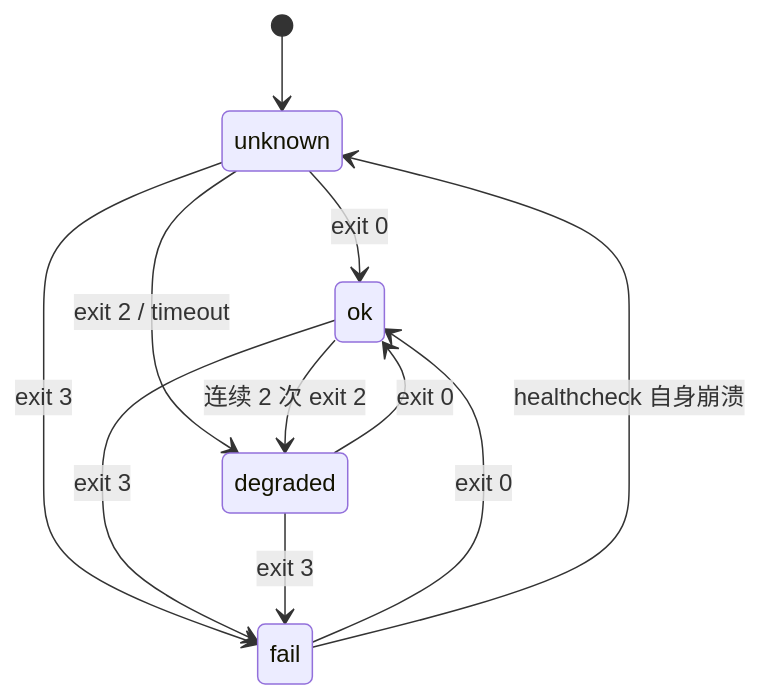
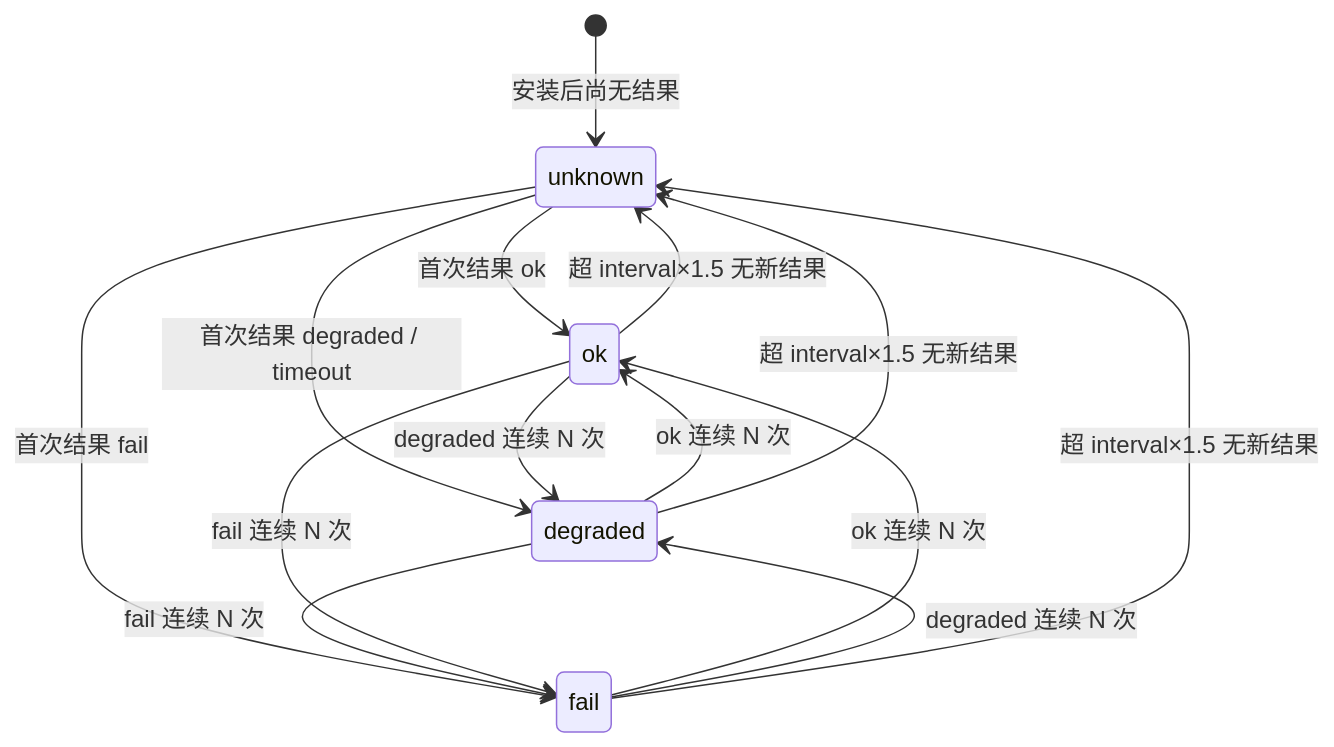
One commit to minonl/dia changed the diagram in docs/service-noun.md. Above: the diagram before and after it, drawn with Mermaid. The commit also changed other lines of this file and 5 other files, not shown here.

````diff
--- a/docs/service-noun.md
+++ b/docs/service-noun.md
@@ -76,13 +128,16 @@
 ```mermaid
 stateDiagram-v2
-  [*] --> unknown
-  unknown --> ok: exit 0
-  unknown --> degraded: exit 2 / timeout
-  unknown --> fail: exit 3
-  ok --> degraded: 连续 2 次 exit 2
-  ok --> fail: exit 3
-  degraded --> ok: exit 0
-  degraded --> fail: exit 3
-  fail --> ok: exit 0
-  fail --> unknown: healthcheck 自身崩溃
+  [*] --> unknown: 安装后尚无结果
+  unknown --> ok: 首次结果 ok
+  unknown --> degraded: 首次结果 degraded / timeout
+  unknown --> fail: 首次结果 fail
+  ok --> degraded: degraded 连续 N 次
+  degraded --> ok: ok 连续 N 次
+  fail --> ok: ok 连续 N 次
+  fail --> degraded: degraded 连续 N 次
+  degraded --> fail: fail 连续 N 次
+  ok --> fail: fail 连续 N 次
+  ok --> unknown: 超 interval×1.5 无新结果
+  degraded --> unknown: 超 interval×1.5 无新结果
+  fail --> unknown: 超 interval×1.5 无新结果
 ```
````
